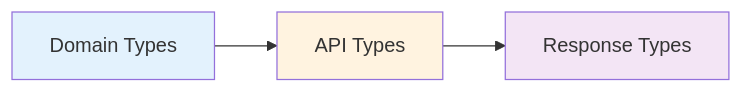
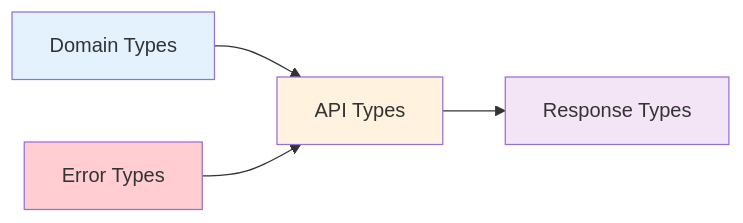
One commit to jhn322/offertu changed the second of 3 diagrams in README.md. Above: the diagram before and after it, drawn with Mermaid. The commit also changed other lines of this file and 5 other files, not shown here.

Commit message:
Add centralized error handling with error types

````diff
--- a/README.md
+++ b/README.md
@@ -76,8 +82,10 @@
-   ```mermaid
-   graph LR
-   A[Domain Types] --> B[API Types]
-   B --> C[Response Types]
-   style A fill:#e3f2fd
-   style B fill:#fff3e0
-   style C fill:#f3e5f5
-   ```
+```mermaid
+graph LR
+    A[Domain Types] --> B[API Types]
+    C[Error Types] --> B
+    B --> D[Response Types]
+    style A fill:#e3f2fd
+    style B fill:#fff3e0
+    style C fill:#ffcdd2
+    style D fill:#f3e5f5
+```
````
